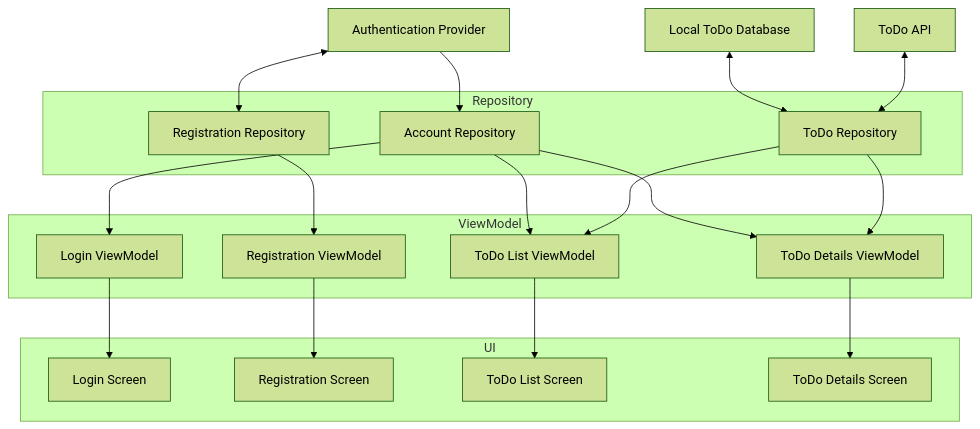
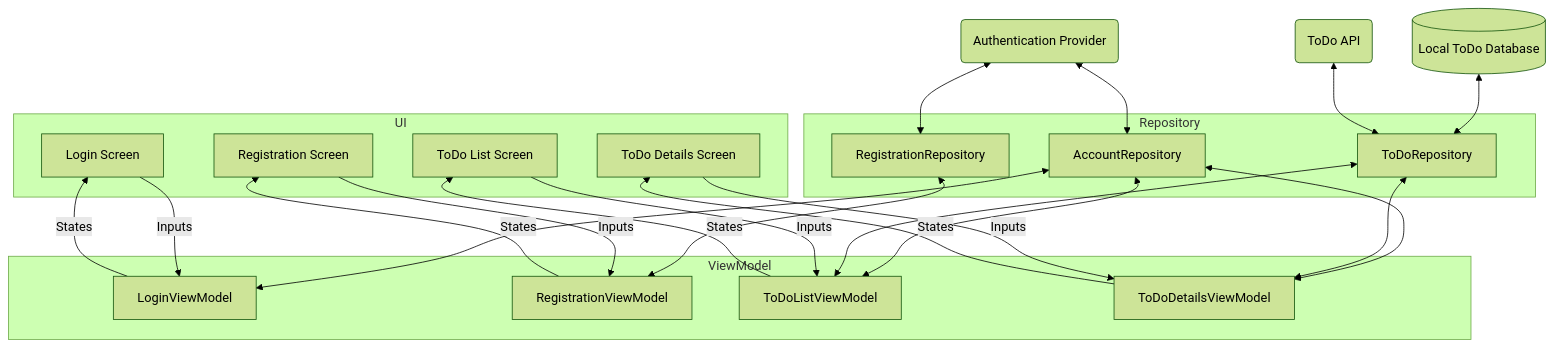
Before and after one commit to copper-leaf/ballast: the diagram in docs/src/orchid/resources/wiki/usage-guide.md, drawn with Mermaid (forest theme). The commit also changed other lines of this file and 5 other files, not shown here.

````diff
--- a/docs/src/orchid/resources/wiki/usage-guide.md
+++ b/docs/src/orchid/resources/wiki/usage-guide.md
@@ -76,46 +78,53 @@
 ```mermaid
 flowchart TD
     subgraph UI
         Login[Login Screen]
         Registration[Registration Screen]
         ToDoList[ToDo List Screen]
         ToDoDetails[ToDo Details Screen]
     end
 
     subgraph ViewModel
-        LoginVm[Login ViewModel]
-        RegistrationVm[Registration ViewModel]
-        ToDoListVm[ToDo List ViewModel]
-        ToDoDetailsVm[ToDo Details ViewModel]
+        LoginVm[LoginViewModel]
+        RegistrationVm[RegistrationViewModel]
+        ToDoListVm[ToDoListViewModel]
+        ToDoDetailsVm[ToDoDetailsViewModel]
     end
 
     subgraph Repository
-        AccountRepository[Account Repository]
-        RegistrationRepository[Registration Repository]
-        ToDoRepository[ToDo Repository]
+        AccountRepository[AccountRepository]
+        RegistrationRepository[RegistrationRepository]
+        ToDoRepository[ToDoRepository]
     end
 
-    ToDoDb[Local ToDo Database]
-    ToDoApi[ToDo API]
-    AuthProvider[Authentication Provider]
+    ToDoDb[(Local ToDo Database)]
+    ToDoApi(ToDo API)
+    AuthProvider(Authentication Provider)
 
     ToDoDb<-->ToDoRepository
     ToDoApi<-->ToDoRepository
 
-    AuthProvider-->AccountRepository
+    AuthProvider<-->AccountRepository
     AuthProvider<-->RegistrationRepository
 
-    RegistrationRepository-->RegistrationVm
+    RegistrationRepository<-->RegistrationVm
 
-    AccountRepository-->LoginVm
-    AccountRepository-->ToDoListVm
-    AccountRepository-->ToDoDetailsVm
+    AccountRepository<-->LoginVm
+    AccountRepository<-->ToDoListVm
+    AccountRepository<-->ToDoDetailsVm
 
-    ToDoRepository-->ToDoListVm
-    ToDoRepository-->ToDoDetailsVm
+    ToDoRepository<-->ToDoListVm
+    ToDoRepository<-->ToDoDetailsVm
 
-    LoginVm-->Login
-    RegistrationVm-->Registration
-    ToDoListVm-->ToDoList
-    ToDoDetailsVm-->ToDoDetails
+    LoginVm--States-->Login
+    Login--Inputs-->LoginVm
+    
+    RegistrationVm--States-->Registration
+    Registration--Inputs-->RegistrationVm
+    
+    ToDoListVm--States-->ToDoList
+    ToDoList--Inputs-->ToDoListVm
+    
+    ToDoDetailsVm--States-->ToDoDetails
+    ToDoDetails--Inputs-->ToDoDetailsVm
 ```
````
